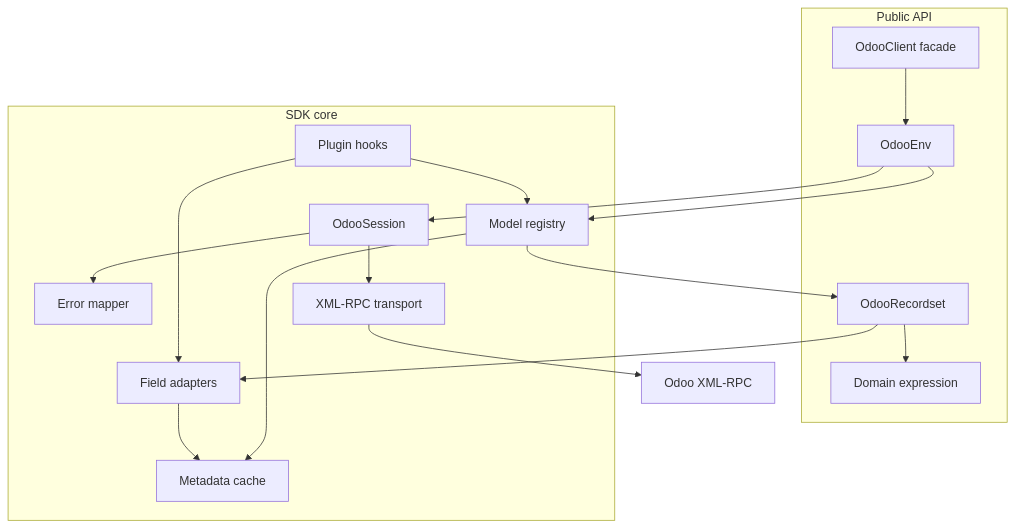
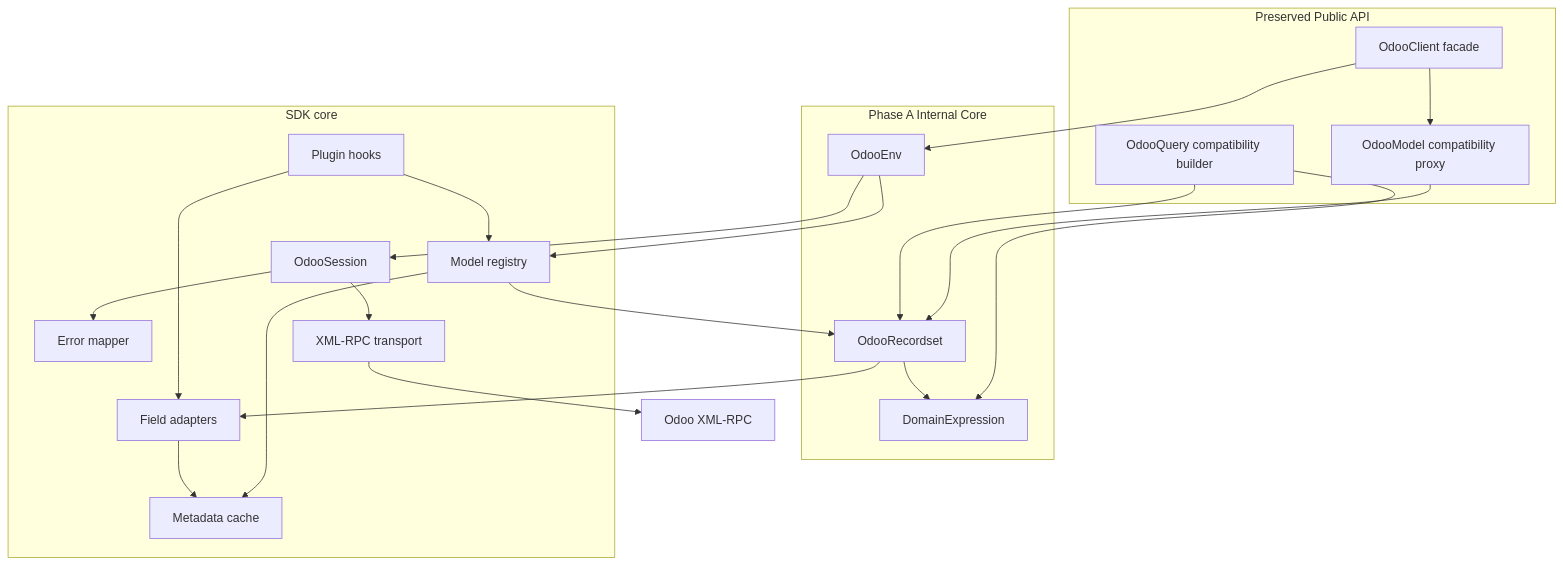
Before and after one commit to Crpaxton4/devcontainer-features: the second of 6 diagrams in docs/odoo-sdk-architecture-plan.md, drawn with Mermaid. The commit also changed other lines of this file and 7 other files, not shown here.

````diff
--- a/docs/odoo-sdk-architecture-plan.md
+++ b/docs/odoo-sdk-architecture-plan.md
@@ -189,33 +190,42 @@
 ```mermaid
 graph TD
-    subgraph PublicAPI["Public API"]
+    subgraph PublicAPI["Preserved Public API"]
         Client["OdooClient facade"]
+        Model["OdooModel compatibility proxy"]
+        Query["OdooQuery compatibility builder"]
+    end
+
+    subgraph PhaseAInternal["Phase A Internal Core"]
         Env["OdooEnv"]
         Recordset["OdooRecordset"]
-        Domain["Domain expression"]
+        Domain["DomainExpression"]
     end
 
     subgraph Core["SDK core"]
         ModelRegistry["Model registry"]
         MetadataCache["Metadata cache"]
         FieldAdapters["Field adapters"]
         ErrorMapper["Error mapper"]
         Session["OdooSession"]
         Transport["XML-RPC transport"]
         PluginHooks["Plugin hooks"]
     end
 
     Client --> Env
+    Client --> Model
+    Model --> Recordset
+    Query --> Domain
+    Query --> Recordset
     Env --> ModelRegistry
     ModelRegistry --> Recordset
     Recordset --> Domain
     Recordset --> FieldAdapters
     ModelRegistry --> MetadataCache
     FieldAdapters --> MetadataCache
     Env --> Session
     Session --> Transport
     Session --> ErrorMapper
     PluginHooks --> FieldAdapters
     PluginHooks --> ModelRegistry
     Transport --> Odoo["Odoo XML-RPC"]
 ```
````
